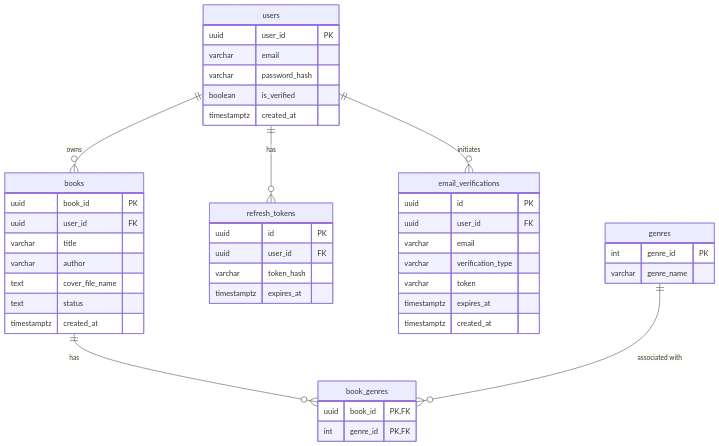
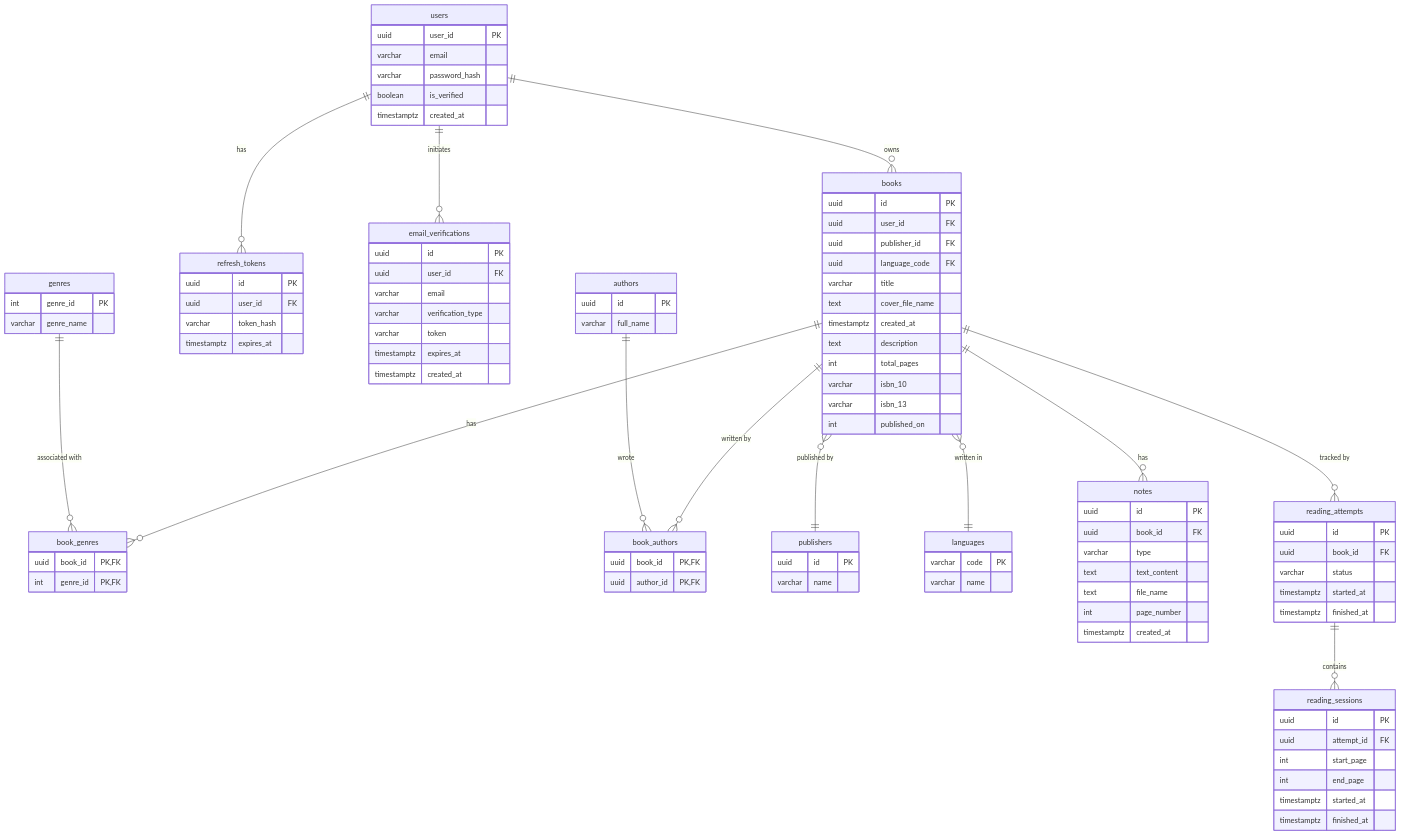
The first of 5 diagrams in README.md (Nirtas/booktracker-backend), drawn with Mermaid before and after one commit. The commit also changed other lines of this file and 69 other files, not shown here.

```diff
--- a/README.md
+++ b/README.md
@@ -48,8 +51,18 @@
     users ||--o{ books : owns
     users ||--o{ refresh_tokens : has
     users ||--o{ email_verifications : initiates
+
     books ||--o{ book_genres : has
     genres ||--o{ book_genres : "associated with"
+
+    books ||--o{ book_authors : "written by"
+    authors ||--o{ book_authors : wrote
+
+    books }o--|| publishers : "published by"
+    books }o--|| languages : "written in"
+    books ||--o{ notes : has
+    books ||--o{ reading_attempts : "tracked by"
+    reading_attempts ||--o{ reading_sessions : contains
 
     users {
         uuid user_id PK
@@ -60,13 +73,65 @@
     }
 
     books {
-        uuid book_id PK
+        uuid id PK
         uuid user_id FK
+        uuid publisher_id FK
+        uuid language_code FK
         varchar title
-        varchar author
         text cover_file_name
-        text status
         timestamptz created_at
+        text description
+        int total_pages
+        varchar isbn_10
+        varchar isbn_13
+        int published_on
+    }
+
+    book_authors {
+        uuid book_id PK, FK
+        uuid author_id PK, FK
+    }
+
+    authors {
+        uuid id PK
+        varchar full_name
+    }
+
+    publishers {
+        uuid id PK
+        varchar name
+    }
+
+    languages {
+        varchar code PK
+        varchar name
+    }
+
+    notes {
+        uuid id PK
+        uuid book_id FK
+        varchar type
+        text text_content
+        text file_name
+        int page_number
+        timestamptz created_at
+    }
+
+    reading_attempts {
+        uuid id PK
+        uuid book_id FK
+        varchar status
+        timestamptz started_at
+        timestamptz finished_at
+    }
+
+    reading_sessions {
+        uuid id PK
+        uuid attempt_id FK
+        int start_page
+        int end_page
+        timestamptz started_at
+        timestamptz finished_at
     }
 
     genres {
```
